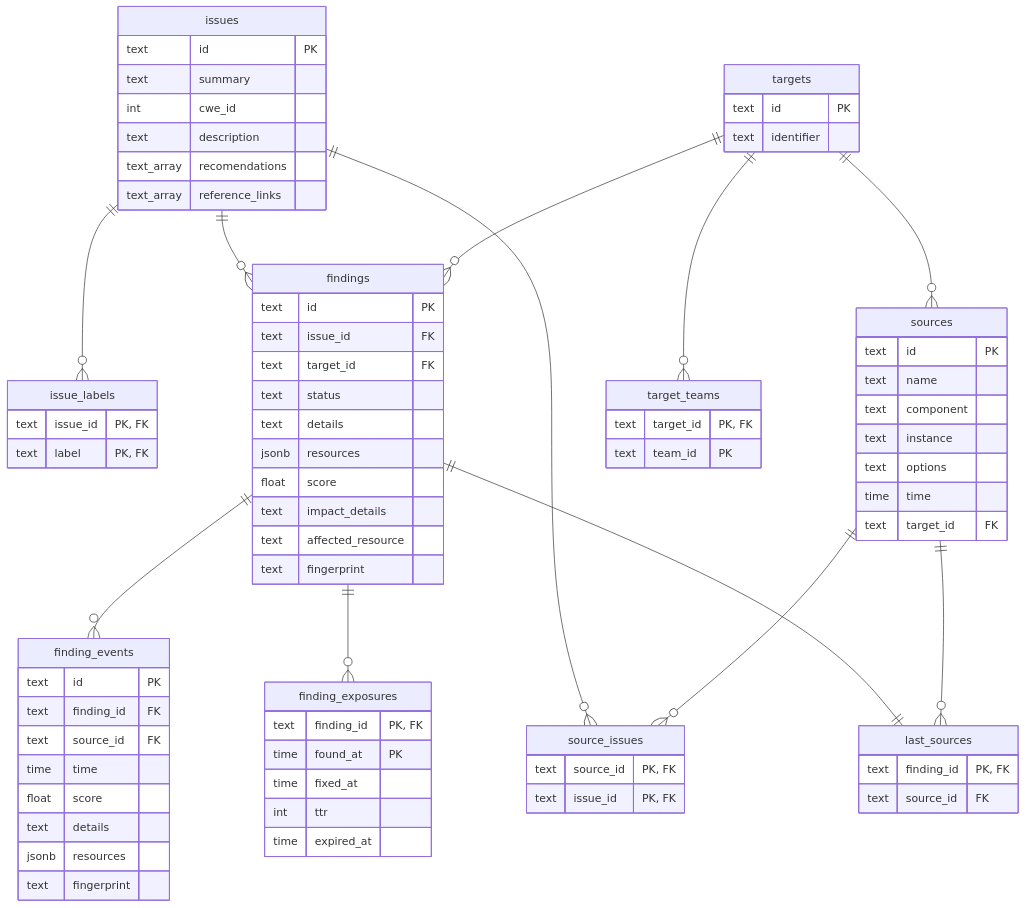
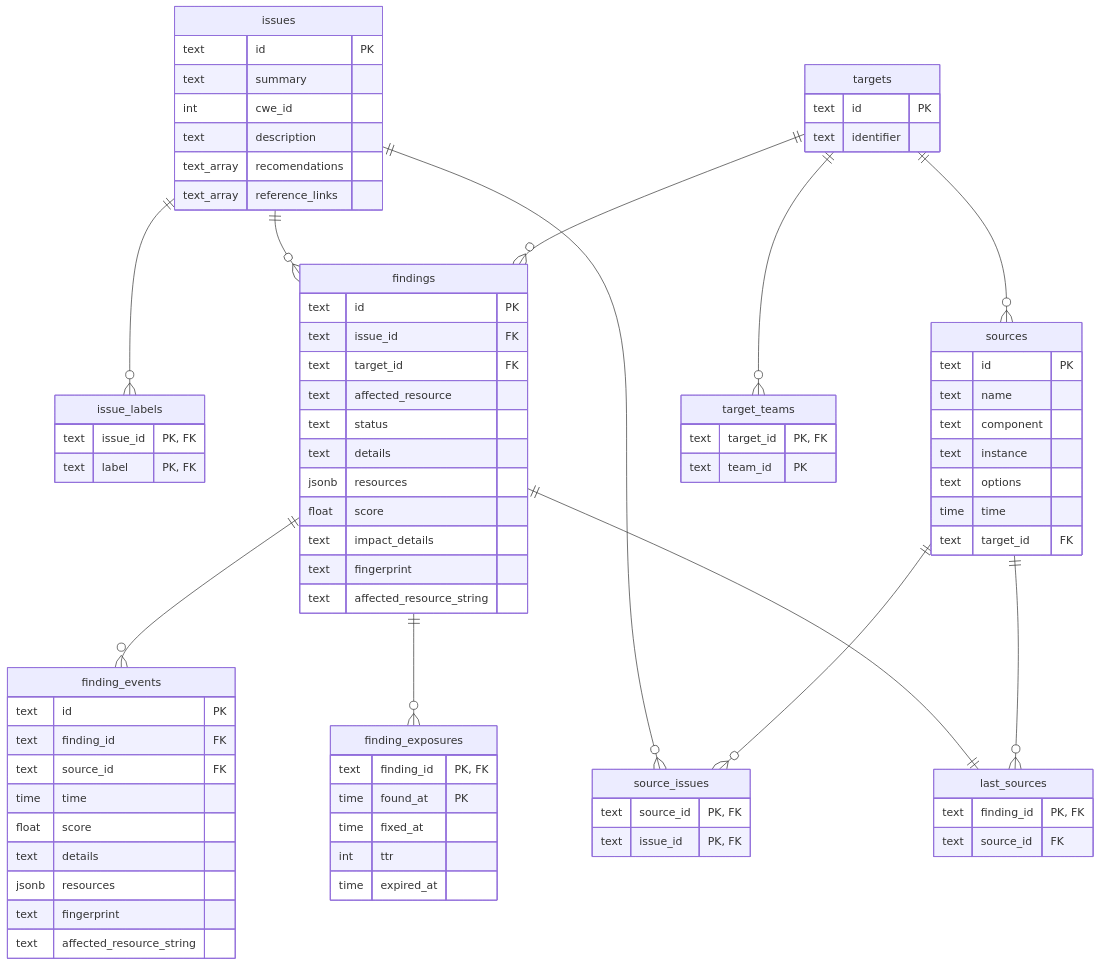
Before and after one commit to adevinta/vulcan-docs: the first of 3 diagrams in docs/data-models.md, drawn with Mermaid.

Commit message:
Add missing columns and fix format

````diff
--- a/docs/data-models.md
+++ b/docs/data-models.md
@@ -10,80 +10,82 @@
 ```mermaid
 erDiagram
     issues {
-        text id "PK"
-        text summary
-        int cwe_id
-        text description
-        text_array recomendations
-        text_array reference_links 
+      text id "PK"
+      text summary
+      int cwe_id
+      text description
+      text_array recomendations
+      text_array reference_links
     }
     issue_labels {
-        text issue_id "PK, FK"
-        text label "PK, FK"
+      text issue_id "PK, FK"
+      text label "PK, FK"
     }
     findings {
-        text id "PK"
-        text issue_id "FK"
-        text target_id "FK"
-        text status
-        text details
-        jsonb resources
-        float score
-        text impact_details
-        text affected_resource
-        text fingerprint
+      text id "PK"
+      text issue_id "FK"
+      text target_id "FK"
+      text affected_resource
+      text status
+      text details
+      jsonb resources
+      float score
+      text impact_details
+      text fingerprint
+      text affected_resource_string
     }
     finding_events {
       text id "PK"
       text finding_id "FK"
       text source_id "FK"
       time time
       float score
       text details
       jsonb resources
       text fingerprint
+      text affected_resource_string
     }
     finding_exposures {
       text finding_id "PK, FK"
       time found_at "PK"
       time fixed_at
       int ttr
       time expired_at
     }
     sources {
       text id "PK"
       text name
       text component
       text instance
       text options
       time time
       text target_id "FK"
     }
     source_issues {
       text source_id "PK, FK"
       text issue_id "PK, FK"
     }
     last_sources {
       text finding_id "PK, FK"
       text source_id "FK"
     }
     targets {
       text id "PK"
       text identifier
     }
     target_teams {
       text target_id "PK, FK"
       text team_id "PK"
     }
     targets ||--o{ target_teams : ""
     targets ||--o{ findings : ""
     targets ||--o{ sources : ""
     sources ||--o{ source_issues : ""
     sources ||--o{ last_sources : ""
     issues ||--o{ source_issues : ""
     issues ||--o{ findings : ""
     issues ||--o{ issue_labels : ""
     findings ||--o{ finding_events : ""
     findings ||--o{ finding_exposures : ""
     findings ||--|| last_sources : ""
 ```
````
